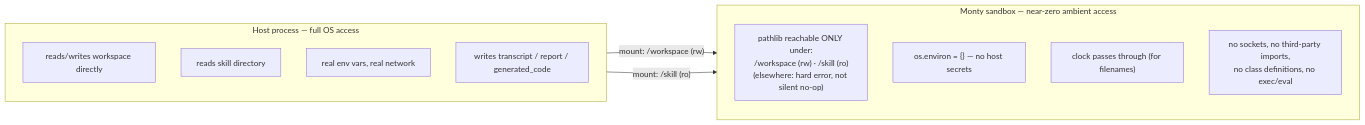
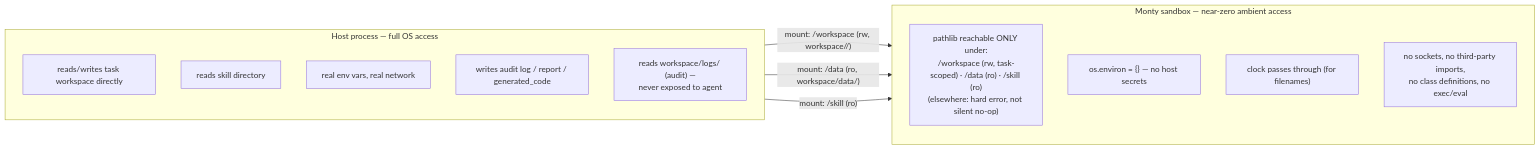
The second of 2 diagrams in ARCHITECTURE.md (mdfranz/pydantic-security-skills), drawn with Mermaid before and after one commit. The commit also changed other lines of this file and 7 other files, not shown here.

First line of the commit message:
Add task-scoped workspaces (accumulate/pristine) and cross-session agent memory

````diff
--- a/ARCHITECTURE.md
+++ b/ARCHITECTURE.md
@@ -151,19 +218,21 @@
 ```mermaid
 flowchart LR
     subgraph HostProc["Host process — full OS access"]
-        H1["reads/writes workspace directly"]
+        H1["reads/writes task workspace directly"]
         H2["reads skill directory"]
         H3["real env vars, real network"]
-        H4["writes transcript / report / generated_code"]
+        H4["writes audit log / report / generated_code"]
+        H5["reads workspace/logs/ (audit) —\nnever exposed to agent"]
     end
 
     subgraph Sandbox["Monty sandbox — near-zero ambient access"]
-        S1["pathlib reachable ONLY under:\n/workspace (rw) · /skill (ro)\n(elsewhere: hard error, not silent no-op)"]
+        S1["pathlib reachable ONLY under:\n/workspace (rw, task-scoped) · /data (ro) · /skill (ro)\n(elsewhere: hard error, not silent no-op)"]
         S2["os.environ = {} — no host secrets"]
         S3["clock passes through (for filenames)"]
         S4["no sockets, no third-party imports,\nno class definitions, no exec/eval"]
     end
 
-    HostProc -- "mount: /workspace (rw)" --> Sandbox
+    HostProc -- "mount: /workspace (rw, workspace/<task>/)" --> Sandbox
+    HostProc -- "mount: /data (ro, workspace/data/)" --> Sandbox
     HostProc -- "mount: /skill (ro)" --> Sandbox
 ```
````
